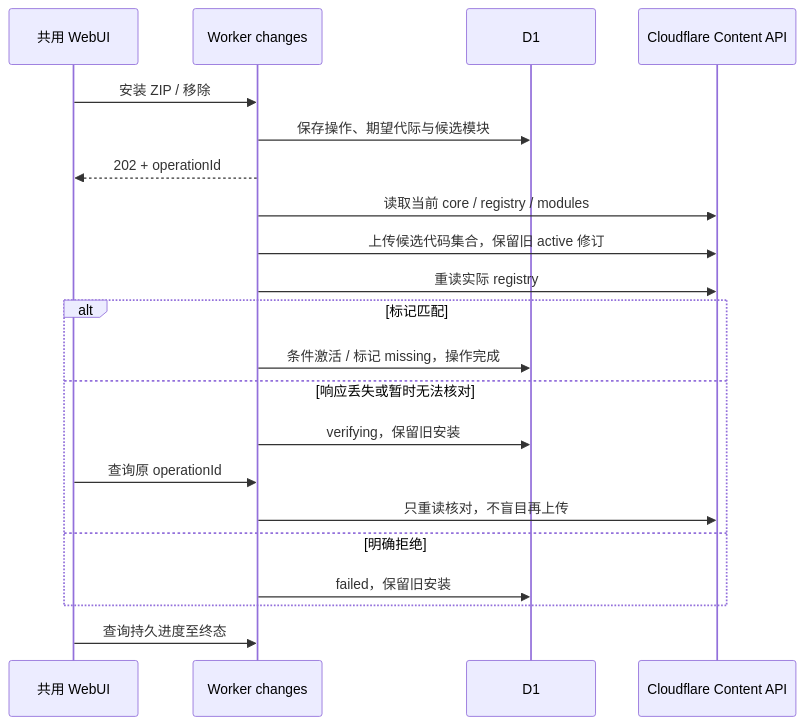
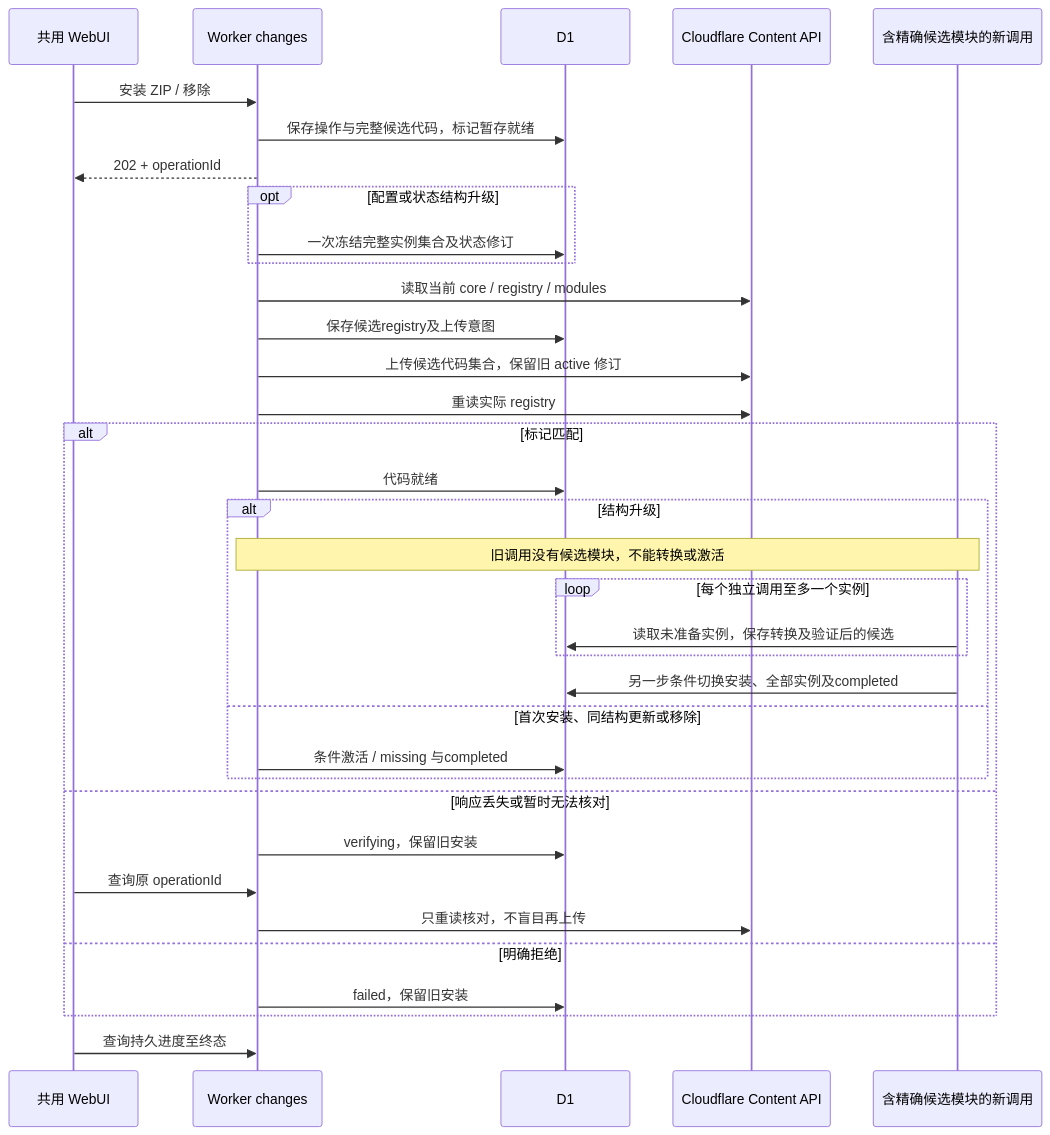
The second of 12 diagrams in docs/architecture/diagrams.md (shengyusi-SYS/musicfs), drawn with Mermaid before and after one commit. The commit also changed other lines of this file and 40 other files, not shown here.

````diff
--- a/docs/architecture/diagrams.md
+++ b/docs/architecture/diagrams.md
@@ -34,23 +38,37 @@
 ```mermaid
 sequenceDiagram
   participant U as 共用 WebUI
   participant H as Worker changes
   participant D as D1
   participant C as Cloudflare Content API
+  participant N as 含精确候选模块的新调用
   U->>H: 安装 ZIP / 移除
-  H->>D: 保存操作、期望代际与候选模块
+  H->>D: 保存操作与完整候选代码，标记暂存就绪
   H-->>U: 202 + operationId
+  opt 配置或状态结构升级
+    H->>D: 一次冻结完整实例集合及状态修订
+  end
   H->>C: 读取当前 core / registry / modules
+  H->>D: 保存候选registry及上传意图
   H->>C: 上传候选代码集合，保留旧 active 修订
   H->>C: 重读实际 registry
   alt 标记匹配
-    H->>D: 条件激活 / 标记 missing，操作完成
+    H->>D: 代码就绪
+    alt 结构升级
+      Note over H,N: 旧调用没有候选模块，不能转换或激活
+      loop 每个独立调用至多一个实例
+        N->>D: 读取未准备实例，保存转换及验证后的候选
+      end
+      N->>D: 另一步条件切换安装、全部实例及completed
+    else 首次安装、同结构更新或移除
+      H->>D: 条件激活 / missing 与completed
+    end
   else 响应丢失或暂时无法核对
     H->>D: verifying，保留旧安装
     U->>H: 查询原 operationId
     H->>C: 只重读核对，不盲目再上传
   else 明确拒绝
     H->>D: failed，保留旧安装
   end
   U->>H: 查询持久进度至终态
 ```
````
